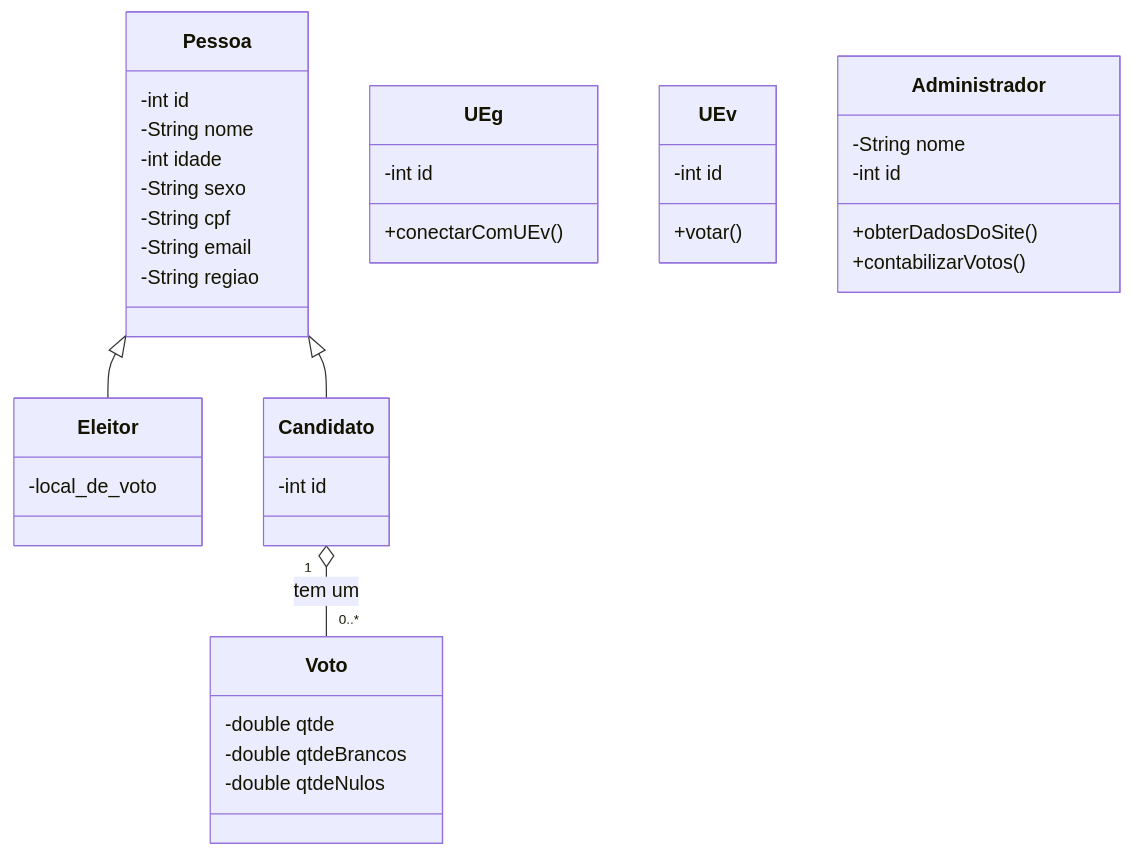
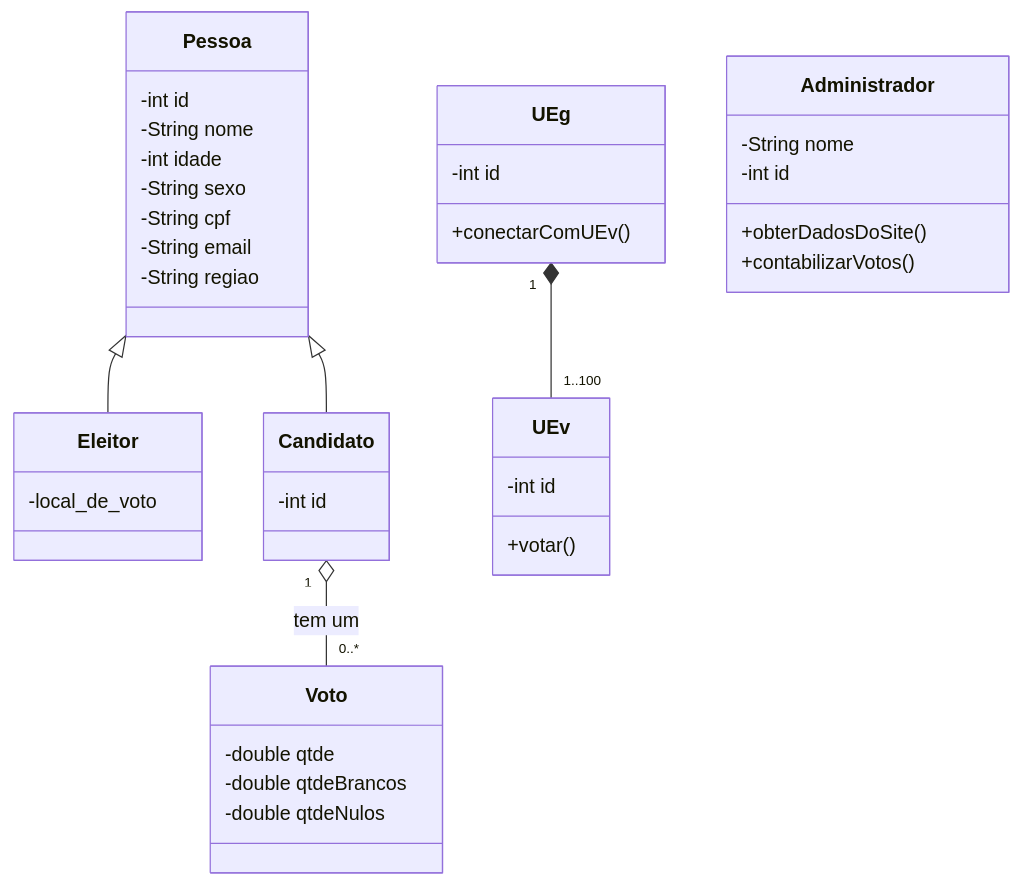
One commit to HenriqueFinatti/Modelagem-De-Software-Orientado-a-Objetos changed the diagram in Diagrama De Classes.md. Above: the diagram before and after it, drawn with Mermaid.

Commit message:
Update Diagrama De Classes.md

````diff
--- a/Diagrama De Classes.md
+++ b/Diagrama De Classes.md
@@ -3,45 +3,46 @@
 ```mermaid
 classDiagram
 Pessoa <|-- Eleitor
 Pessoa <|-- Candidato
 Pessoa: -int id
 Pessoa: -String nome
 Pessoa: -int idade
 Pessoa: -String sexo
 Pessoa: -String cpf
 Pessoa: -String email
 Pessoa: -String regiao
 
 Eleitor: -local_de_voto
 
 class Candidato{
   -int id
 }
 
 class UEg{
   -int id
   +conectarComUEv()
 }
 
 class UEv{
   -int id
   +votar()
 }
 
 class Administrador{
   -String nome
   -int id
  +obterDadosDoSite()
  +contabilizarVotos()
 
 }
 
 class Voto{
   -double qtde
   -double qtdeBrancos
   -double qtdeNulos
 }
 
 Candidato "1" o-- "0..*" Voto : tem um
+UEg "1" *-- "1..100" UEv
 
 ```
````
